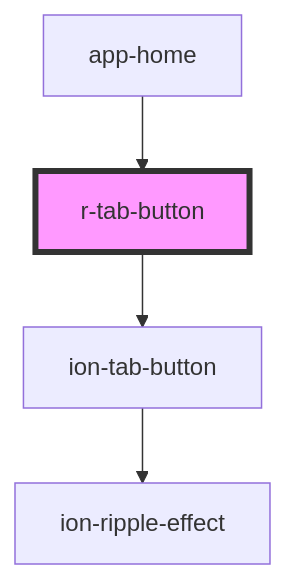
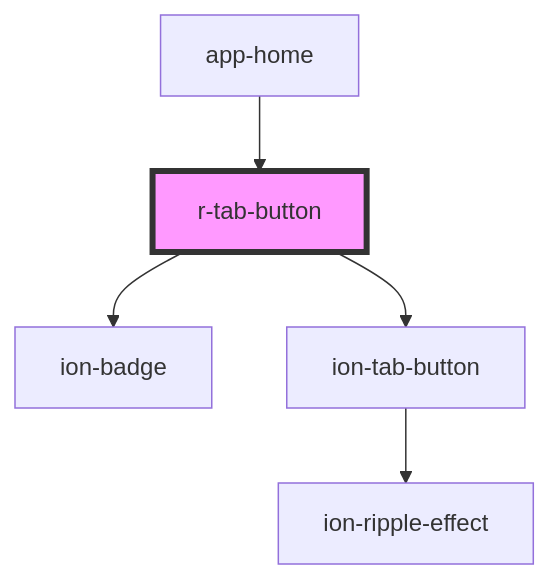
Before and after one commit to refactico/design-system: the diagram in src/components/r-tab-button/readme.md, drawn with Mermaid. The commit also changed other lines of this file and 29 other files, not shown here.

First line of the commit message:
feat: enhance r-tabs and r-tab-button components with badge support and layout improvements

````diff
--- a/src/components/r-tab-button/readme.md
+++ b/src/components/r-tab-button/readme.md
@@ -33,7 +34,8 @@
 ```mermaid
 graph TD;
+  r-tab-button --> ion-badge
   r-tab-button --> ion-tab-button
   ion-tab-button --> ion-ripple-effect
   app-home --> r-tab-button
   style r-tab-button fill:#f9f,stroke:#333,stroke-width:4px
 ```
````
